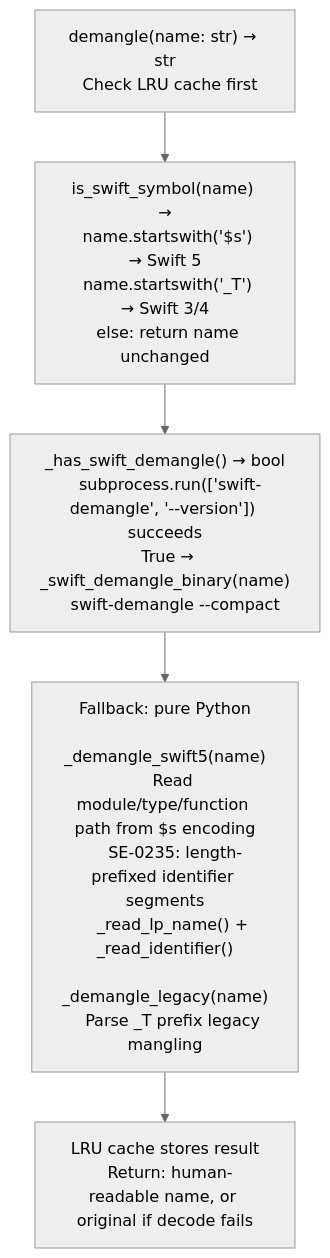
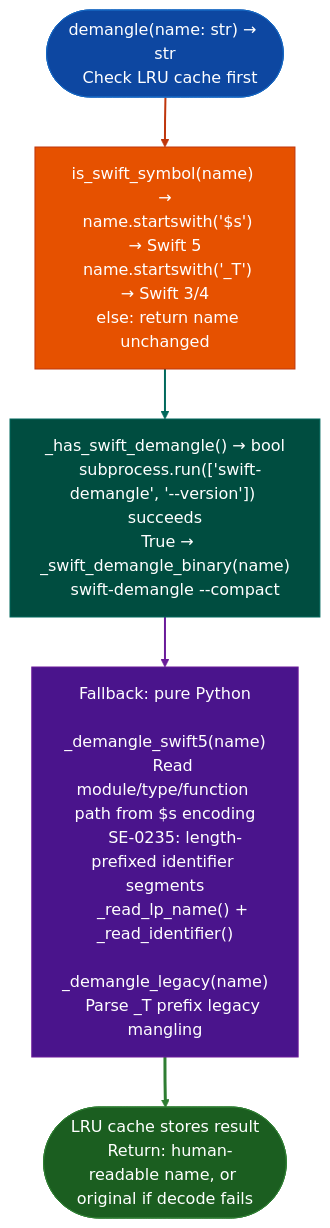
Before and after one commit to Ablation-Tool/ablation: the diagram in docs/reference-modules/swift-symbol-demangling.md, drawn with Mermaid (neutral theme). The commit also changed 320 other files, not shown here.

First line of the commit message:
docs: apply canonical Mermaid template to all 321 diagrams

````diff
--- a/docs/reference-modules/swift-symbol-demangling.md
+++ b/docs/reference-modules/swift-symbol-demangling.md
@@ -19,7 +19,17 @@
 ```mermaid
 flowchart TD
-    A["demangle(name: str) → str\n  Check LRU cache first"] --> B["is_swift_symbol(name) →\n  name.startswith('$s') → Swift 5\n  name.startswith('_T') → Swift 3/4\n  else: return name unchanged"]
-    B --> C["_has_swift_demangle() → bool\n  subprocess.run(['swift-demangle', '--version']) succeeds\n  True → _swift_demangle_binary(name)\n     swift-demangle --compact <name>"]
-    C --> D["Fallback: pure Python\n  _demangle_swift5(name)\n    Read module/type/function path from $s encoding\n    SE-0235: length-prefixed identifier segments\n    _read_lp_name() + _read_identifier()\n  _demangle_legacy(name)\n    Parse _T prefix legacy mangling"]
-    D --> E["LRU cache stores result\n  Return: human-readable name, or original if decode fails"]
+    A(["demangle(name: str) → str\n  Check LRU cache first"]):::input --> B["is_swift_symbol(name) →\n  name.startswith('$s') → Swift 5\n  name.startswith('_T') → Swift 3/4\n  else: return name unchanged"]:::primary
+    B:::primary --> C["_has_swift_demangle() → bool\n  subprocess.run(['swift-demangle', '--version']) succeeds\n  True → _swift_demangle_binary(name)\n     swift-demangle --compact <name>"]:::secondary
+    C:::secondary --> D["Fallback: pure Python\n  _demangle_swift5(name)\n    Read module/type/function path from $s encoding\n    SE-0235: length-prefixed identifier segments\n    _read_lp_name() + _read_identifier()\n  _demangle_legacy(name)\n    Parse _T prefix legacy mangling"]:::tertiary
+    D:::tertiary --> E(["LRU cache stores result\n  Return: human-readable name, or original if decode fails"]):::output
+    classDef input     fill:#0d47a1,stroke:#1565c0,color:#fff
+    classDef primary   fill:#e65100,stroke:#bf360c,color:#fff
+    classDef secondary fill:#004d40,stroke:#00695c,color:#fff
+    classDef tertiary  fill:#4a148c,stroke:#6a1b9a,color:#fff
+    classDef neutral   fill:#37474f,stroke:#546e7a,color:#fff
+    classDef output    fill:#1b5e20,stroke:#2e7d32,color:#fff
+    linkStyle 0 stroke:#bf360c,stroke-width:2px
+    linkStyle 1 stroke:#00695c,stroke-width:2px
+    linkStyle 2 stroke:#6a1b9a,stroke-width:2px
+    linkStyle 3 stroke:#2e7d32,stroke-width:3px
 ```
````
